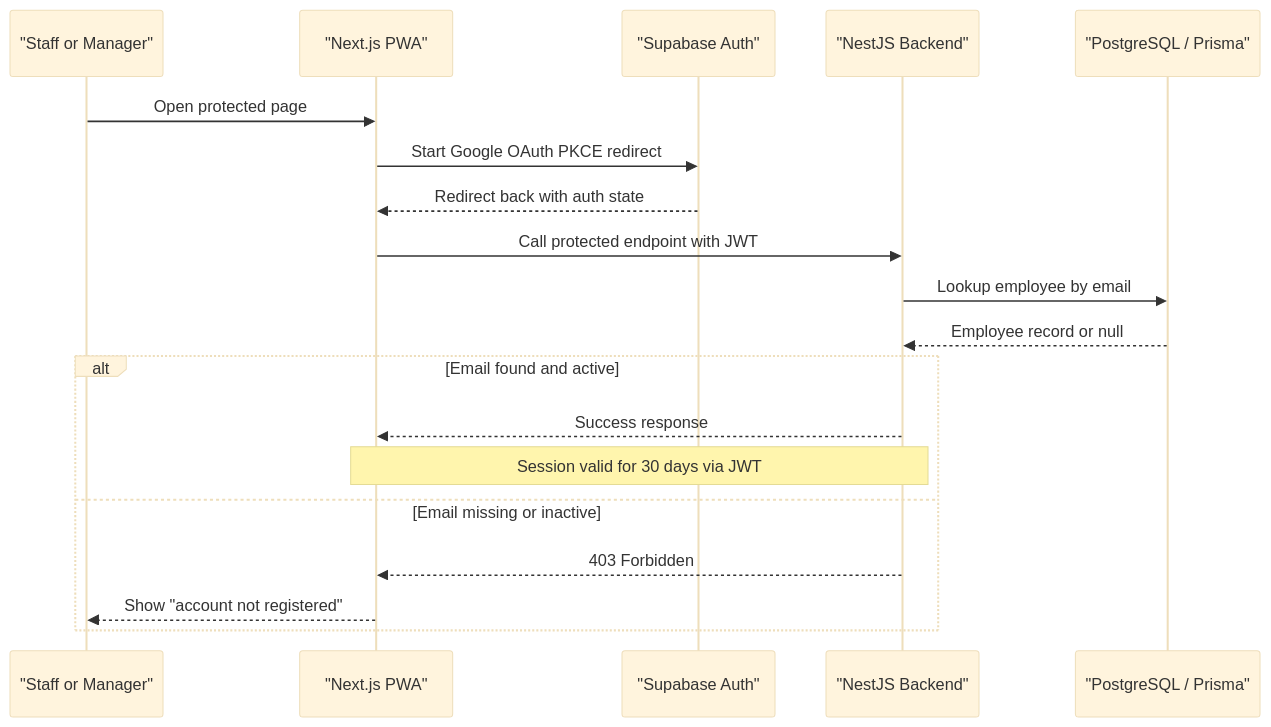
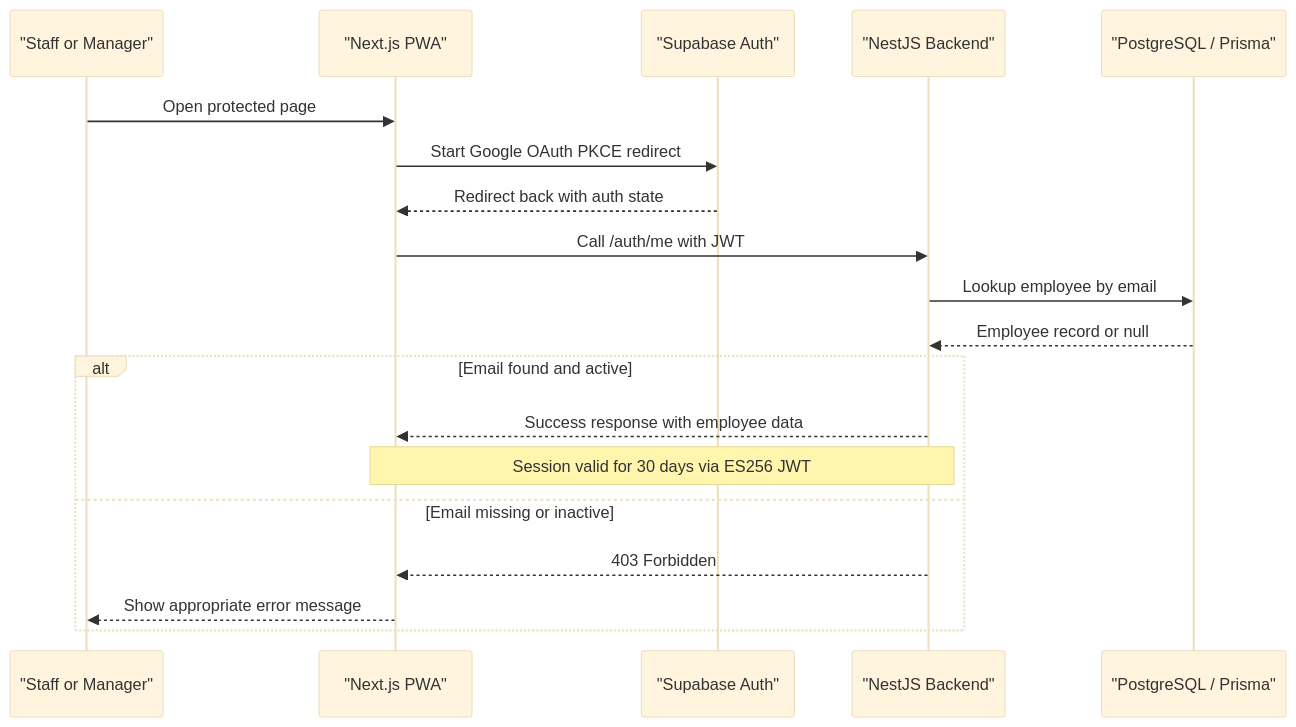
Before and after one commit to epo33m/scheduling: the second of 4 diagrams in .qoder/repowiki/en/content/Product Requirements Document/Functional Specifications/Authentication Module (F1).md, drawn with Mermaid (base theme). The commit also changed other lines of this file and 46 other files, not shown here.

````diff
--- a/.qoder/repowiki/en/content/Product Requirements Document/Functional Specifications/Authentication Module (F1).md
+++ b/.qoder/repowiki/en/content/Product Requirements Document/Functional Specifications/Authentication Module (F1).md
@@ -83,21 +119,21 @@
 ```mermaid
 sequenceDiagram
 participant User as "Staff or Manager"
 participant Web as "Next.js PWA"
 participant Supabase as "Supabase Auth"
 participant API as "NestJS Backend"
 participant DB as "PostgreSQL / Prisma"
 User->>Web : Open protected page
 Web->>Supabase : Start Google OAuth PKCE redirect
 Supabase-->>Web : Redirect back with auth state
-Web->>API : Call protected endpoint with JWT
+Web->>API : Call /auth/me with JWT
 API->>DB : Lookup employee by email
 DB-->>API : Employee record or null
 alt Email found and active
-API-->>Web : Success response
-Note over Web,API : Session valid for 30 days via JWT
+API-->>Web : Success response with employee data
+Note over Web,API : Session valid for 30 days via ES256 JWT
 else Email missing or inactive
 API-->>Web : 403 Forbidden
-Web-->>User : Show "account not registered"
+Web-->>User : Show appropriate error message
 end
 ```
````
